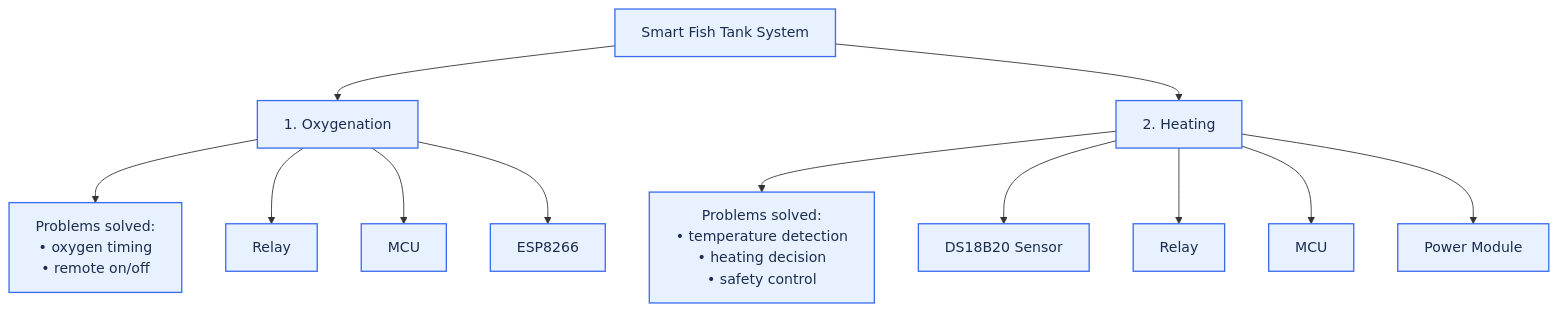
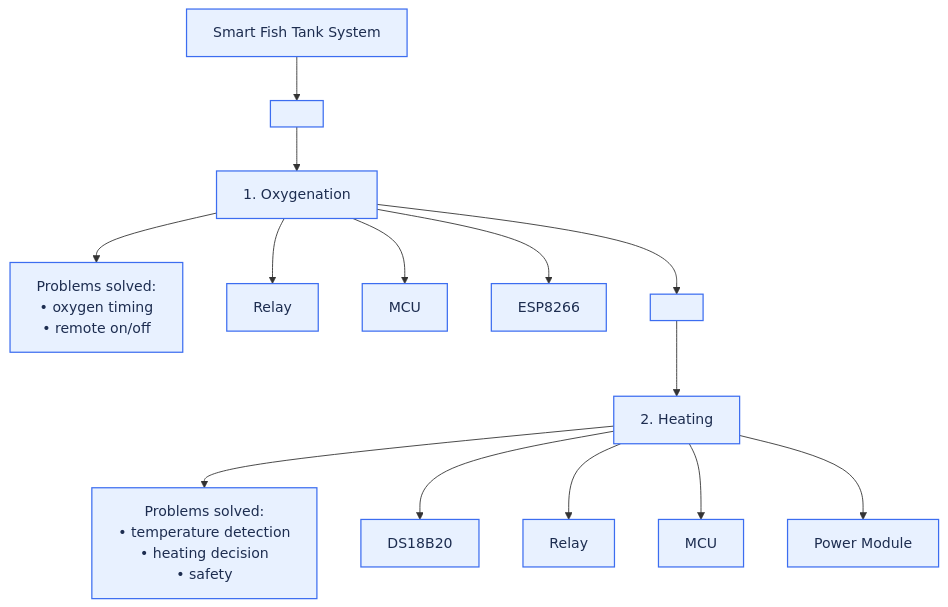
The diagram in fish tank1.md (Skylar9812/smart-fish-tank), drawn with Mermaid before and after one commit.

Commit message:
Refactor mermaid diagram for fish tank system

````diff
--- a/fish tank1.md
+++ b/fish tank1.md
@@ -1,26 +1,34 @@
 ```mermaid
 graph TB
 
-    %% 统一蓝色背景的样式
-    classDef blue fill:#e8f1ff,stroke:#3c6df0,stroke-width:1.5px,color:#1d2d50;
+    %% 蓝色样式
+    classDef blue fill:#e8f1ff,stroke:#3c6df0,stroke-width:1.4px,color:#1d2d50;
 
-    %% 第一层：系统
-    A[Smart Fish Tank System]:::blue
+    %% 顶层
+    Top[Smart Fish Tank System]:::blue
 
-    %% ---- Oxygenation ----
-    A --> B[1. Oxygenation]:::blue
+    %% --- 强制创建一个“隐藏层”，让 Oxygenation 和 Heating 不在同一水平线上 ---
+    Placeholder1[" "]:::blue
+    Top --> Placeholder1
 
-    B --> B1[Problems solved:<br>• oxygen timing<br>• remote on/off]:::blue
-    B --> B2[Relay]:::blue
-    B --> B3[MCU]:::blue
-    B --> B4[ESP8266]:::blue
+    %% --- 1. Oxygenation ---
+    Placeholder1 --> O1[1. Oxygenation]:::blue
 
-    %% ---- Heating ----
-    A --> C[2. Heating]:::blue
+    O1 --> O1P[Problems solved:<br>• oxygen timing<br>• remote on/off]:::blue
+    O1 --> O2[Relay]:::blue
+    O1 --> O3[MCU]:::blue
+    O1 --> O4[ESP8266]:::blue
 
-    C --> C1[Problems solved:<br>• temperature detection<br>• heating decision<br>• safety control]:::blue
-    C --> C2[DS18B20 Sensor]:::blue
-    C --> C3[Relay]:::blue
-    C --> C4[MCU]:::blue
-    C --> C5[Power Module]:::blue
+    %% --- 再创建一个隐藏层，强制让 Heating 再往下一层 ---
+    Placeholder2[" "]:::blue
+    O1 --> Placeholder2
+
+    %% --- 2. Heating ---
+    Placeholder2 --> H1[2. Heating]:::blue
+
+    H1 --> H1P[Problems solved:<br>• temperature detection<br>• heating decision<br>• safety]:::blue
+    H1 --> H2[DS18B20]:::blue
+    H1 --> H3[Relay]:::blue
+    H1 --> H4[MCU]:::blue
+    H1 --> H5[Power Module]:::blue
 ```
````
